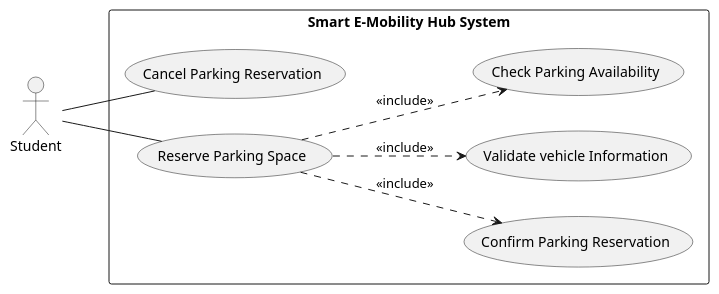
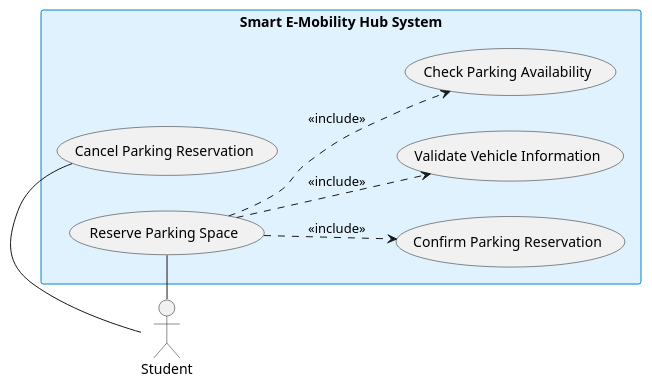
One commit to YdtTran/software-engineerning changed diagram 13 of 30 in 01_Diagram/01_Usecase_Diagram/PLANTUML_ALL.md. Above: the diagram before and after it, drawn with PlantUML. The commit also changed other lines of this file and 217 other files, not shown here.

````diff
--- a/01_Diagram/01_Usecase_Diagram/PLANTUML_ALL.md
+++ b/01_Diagram/01_Usecase_Diagram/PLANTUML_ALL.md
@@ -255,24 +271,21 @@
 ```plantuml
 @startuml
 left to right direction
-skinparam packageStyle rectangle
 skinparam shadowing false
-
-actor "Student" as Student
-
+skinparam rectangleBackgroundColor #e0f2fe
+skinparam rectangleBorderColor #0284c7
+actor "Student" as actor_left
 rectangle "Smart E-Mobility Hub System" {
-    usecase "Cancel Parking Reservation" as UC_Cancel
-    usecase "Reserve Parking Space" as UC_Reserve
-    usecase "Confirm Parking Reservation" as UC_Confirm
-    usecase "Validate vehicle Information" as UC_Validate
-    usecase "Check Parking Availability" as UC_Check
-
-    UC_Reserve ..> UC_Confirm : <<include>>
-    UC_Reserve ..> UC_Validate : <<include>>
-    UC_Reserve ..> UC_Check : <<include>>
+  usecase "Cancel Parking Reservation" as uc_cancel
+  usecase "Reserve Parking Space" as uc_base
+  usecase "Confirm Parking Reservation" as uc_inc1
+  usecase "Validate Vehicle Information" as uc_inc2
+  usecase "Check Parking Availability" as uc_inc3
 }
-
-Student -- UC_Cancel
-Student -- UC_Reserve
+actor_left -right- uc_cancel
+actor_left -right- uc_base
+uc_base ..> uc_inc1 : <<include>>
+uc_base ..> uc_inc2 : <<include>>
+uc_base ..> uc_inc3 : <<include>>
 @enduml
 ```
````
